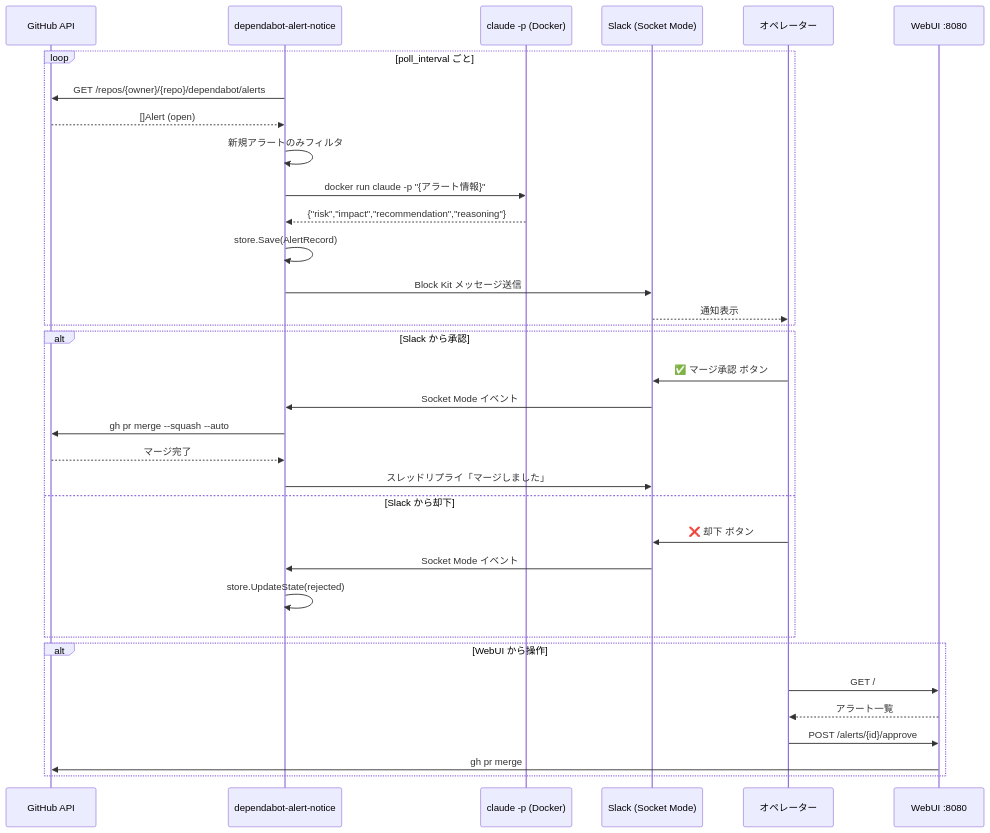
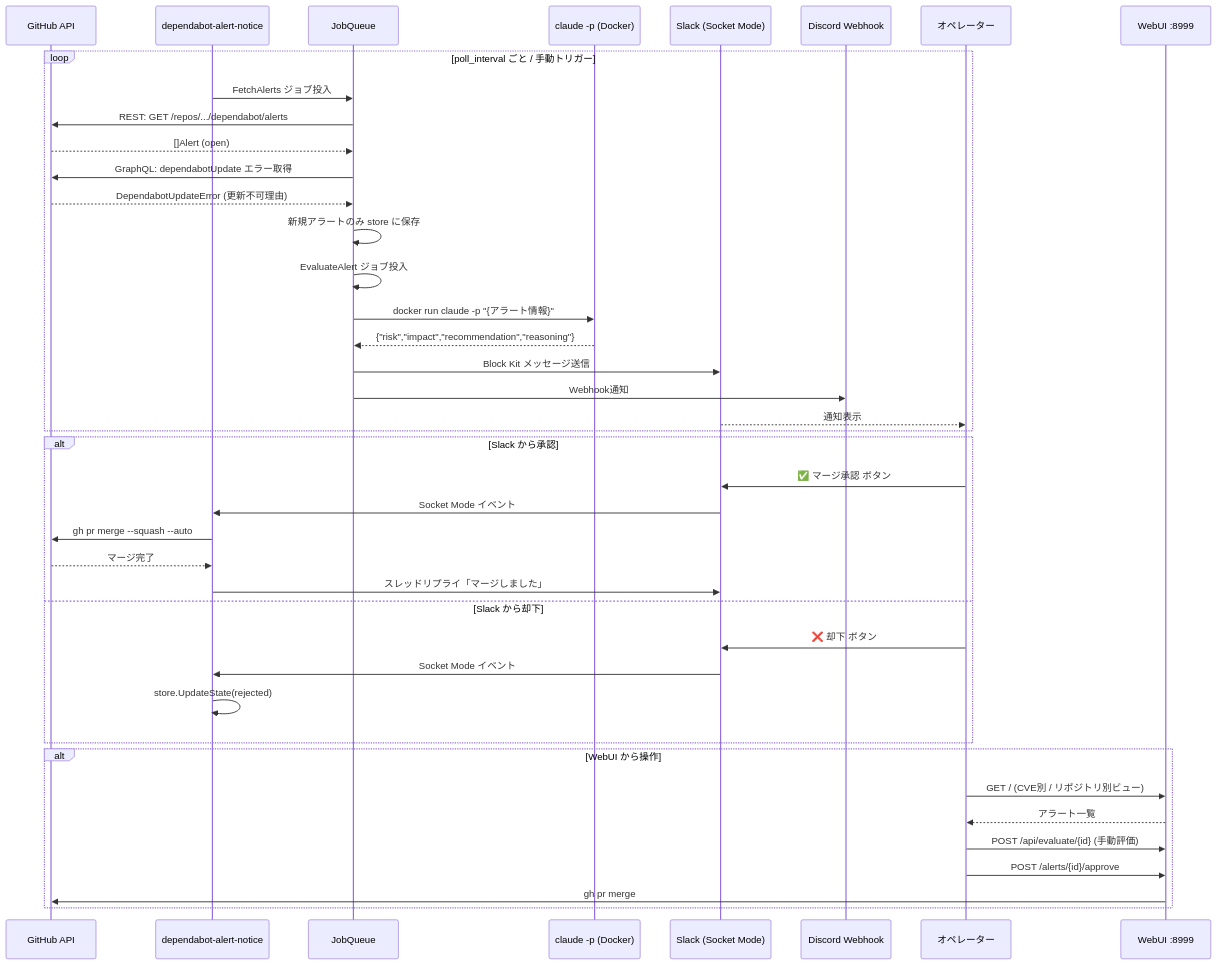
Before and after one commit to g-kari/dependabot-alert-notice: the first of 5 diagrams in README.md, drawn with Mermaid. The commit also changed other lines of this file and 20 other files, not shown here.

````diff
--- a/README.md
+++ b/README.md
@@ -7,42 +7,48 @@
 ```mermaid
 sequenceDiagram
     participant GH as GitHub API
     participant App as dependabot-alert-notice
+    participant Queue as JobQueue
     participant Claude as claude -p (Docker)
     participant Slack as Slack (Socket Mode)
+    participant Discord as Discord Webhook
     participant User as オペレーター
-    participant Web as WebUI :8080
+    participant Web as WebUI :8999
 
-    loop poll_interval ごと
-        App->>GH: GET /repos/{owner}/{repo}/dependabot/alerts
-        GH-->>App: []Alert (open)
-        App->>App: 新規アラートのみフィルタ
+    loop poll_interval ごと / 手動トリガー
+        App->>Queue: FetchAlerts ジョブ投入
+        Queue->>GH: REST: GET /repos/.../dependabot/alerts
+        GH-->>Queue: []Alert (open)
+        Queue->>GH: GraphQL: dependabotUpdate エラー取得
+        GH-->>Queue: DependabotUpdateError (更新不可理由)
+        Queue->>Queue: 新規アラートのみ store に保存
 
-        App->>Claude: docker run claude -p "{アラート情報}"
-        Claude-->>App: {"risk","impact","recommendation","reasoning"}
+        Queue->>Queue: EvaluateAlert ジョブ投入
+        Queue->>Claude: docker run claude -p "{アラート情報}"
+        Claude-->>Queue: {"risk","impact","recommendation","reasoning"}
 
-        App->>App: store.Save(AlertRecord)
-
-        App->>Slack: Block Kit メッセージ送信
+        Queue->>Slack: Block Kit メッセージ送信
+        Queue->>Discord: Webhook通知
         Slack-->>User: 通知表示
     end
 
     alt Slack から承認
         User->>Slack: ✅ マージ承認 ボタン
         Slack->>App: Socket Mode イベント
         App->>GH: gh pr merge --squash --auto
         GH-->>App: マージ完了
         App->>Slack: スレッドリプライ「マージしました」
     else Slack から却下
         User->>Slack: ❌ 却下 ボタン
         Slack->>App: Socket Mode イベント
         App->>App: store.UpdateState(rejected)
     end
 
     alt WebUI から操作
-        User->>Web: GET /
+        User->>Web: GET / (CVE別 / リポジトリ別ビュー)
         Web-->>User: アラート一覧
+        User->>Web: POST /api/evaluate/{id} (手動評価)
         User->>Web: POST /alerts/{id}/approve
         Web->>GH: gh pr merge
     end
 ```
````
